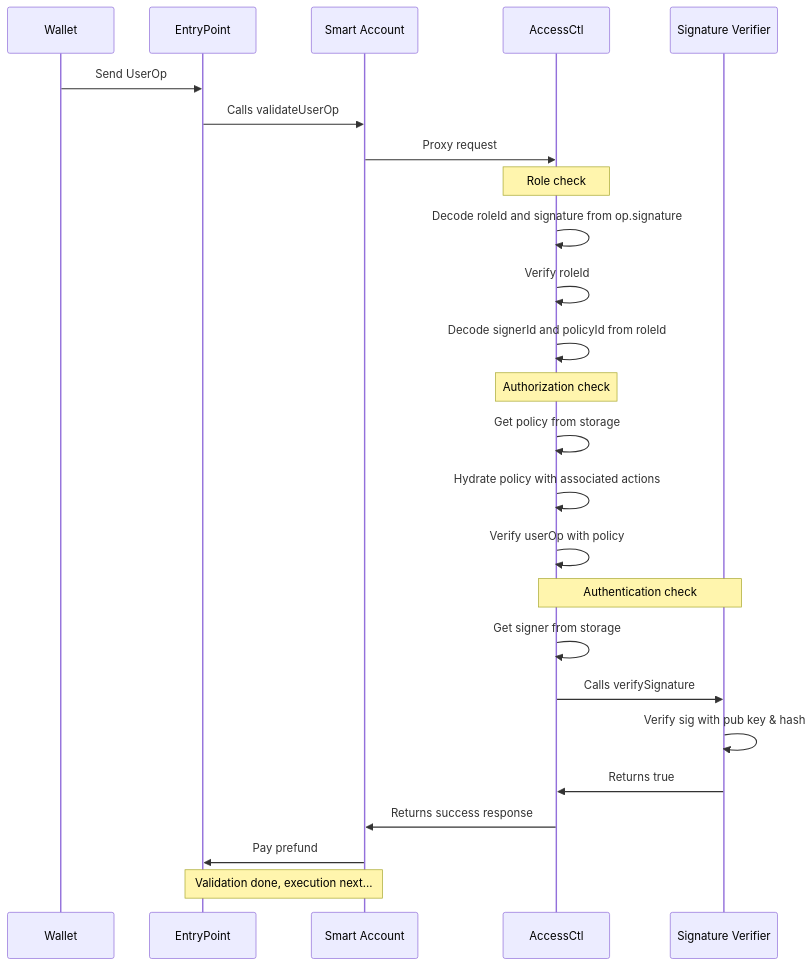
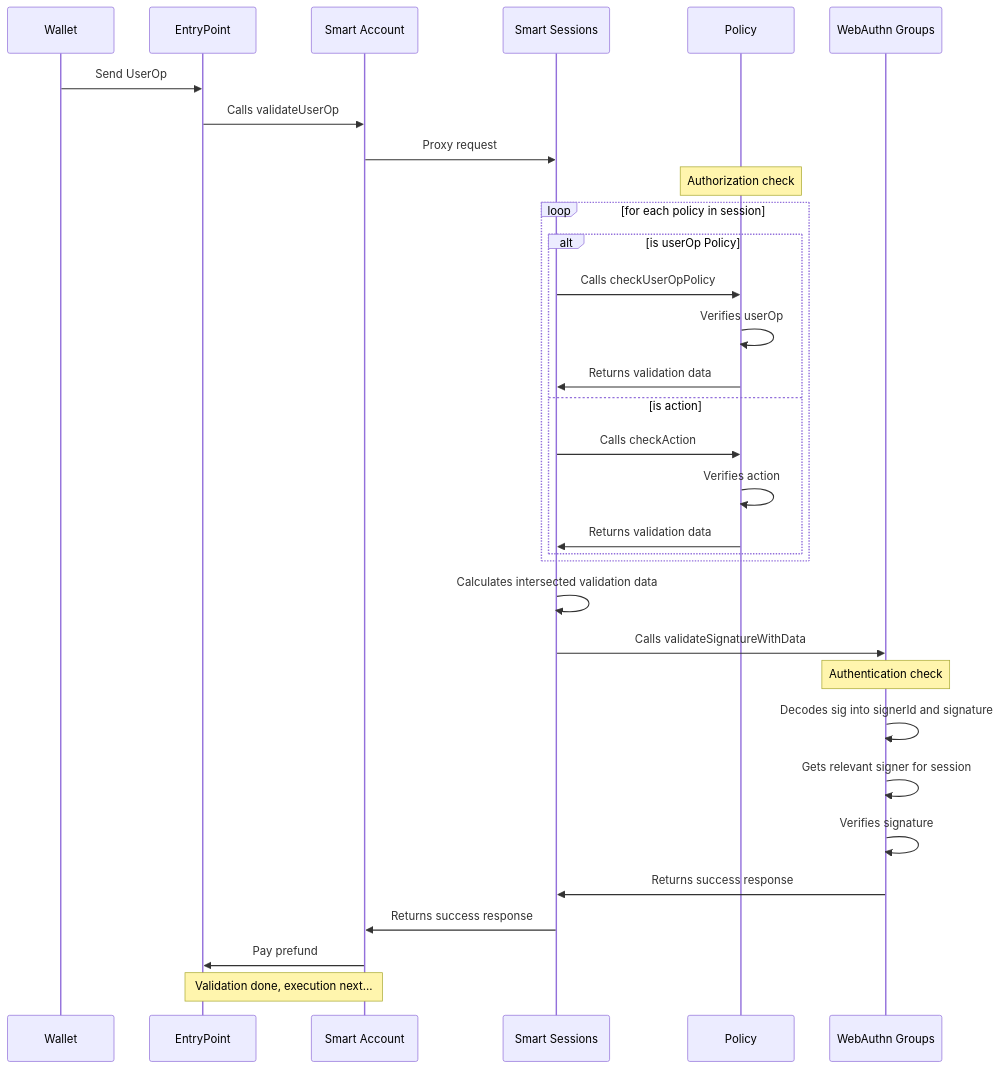
Before and after one commit to stackup-wallet/accessctl: the diagram in README.md, drawn with Mermaid. The commit also changed other lines of this file and 27 other files, not shown here.

Commit message:
Switch architecture to use Smart Sessions

````diff
--- a/README.md
+++ b/README.md
@@ -41,22 +42,28 @@
 ```mermaid
 sequenceDiagram
     Wallet->>EntryPoint:Send UserOp
     EntryPoint->>Smart Account: Calls validateUserOp
-    Smart Account->>AccessCtl: Proxy request
-    Note over AccessCtl: Role check
-    AccessCtl->>AccessCtl: Decode roleId and signature from op.signature
-    AccessCtl->>AccessCtl: Verify roleId
-    AccessCtl->>AccessCtl: Decode signerId and policyId from roleId
-    Note over AccessCtl: Authorization check
-    AccessCtl->>AccessCtl: Get policy from storage
-    AccessCtl->>AccessCtl: Hydrate policy with associated actions
-    AccessCtl->>AccessCtl: Verify userOp with policy
-    Note over AccessCtl,Signature Verifier: Authentication check
-    AccessCtl->>AccessCtl: Get signer from storage
-    AccessCtl->>Signature Verifier: Calls verifySignature
-    Signature Verifier->>Signature Verifier: Verify sig with pub key & hash
-    Signature Verifier->>AccessCtl: Returns true
-    AccessCtl->>Smart Account: Returns success response
+    Smart Account->>Smart Sessions: Proxy request
+    Note over Policy: Authorization check
+    loop for each policy in session
+        alt is userOp Policy
+            Smart Sessions->>Policy: Calls checkUserOpPolicy
+            Policy->>Policy: Verifies userOp
+            Policy->>Smart Sessions: Returns validation data
+        else is action
+            Smart Sessions->>Policy: Calls checkAction
+            Policy->>Policy: Verifies action
+            Policy->>Smart Sessions: Returns validation data
+        end
+    end
+    Smart Sessions->>Smart Sessions: Calculates intersected validation data
+    Smart Sessions->>WebAuthn Groups: Calls validateSignatureWithData
+    Note over WebAuthn Groups: Authentication check
+    WebAuthn Groups->>WebAuthn Groups: Decodes sig into signerId and signature
+    WebAuthn Groups->>WebAuthn Groups: Gets relevant signer for session
+    WebAuthn Groups->>WebAuthn Groups: Verifies signature
+    WebAuthn Groups->>Smart Sessions: Returns success response
+    Smart Sessions->>Smart Account: Returns success response
     Smart Account->>EntryPoint: Pay prefund
     Note over EntryPoint,Smart Account: Validation done, execution next...
 ```
````
